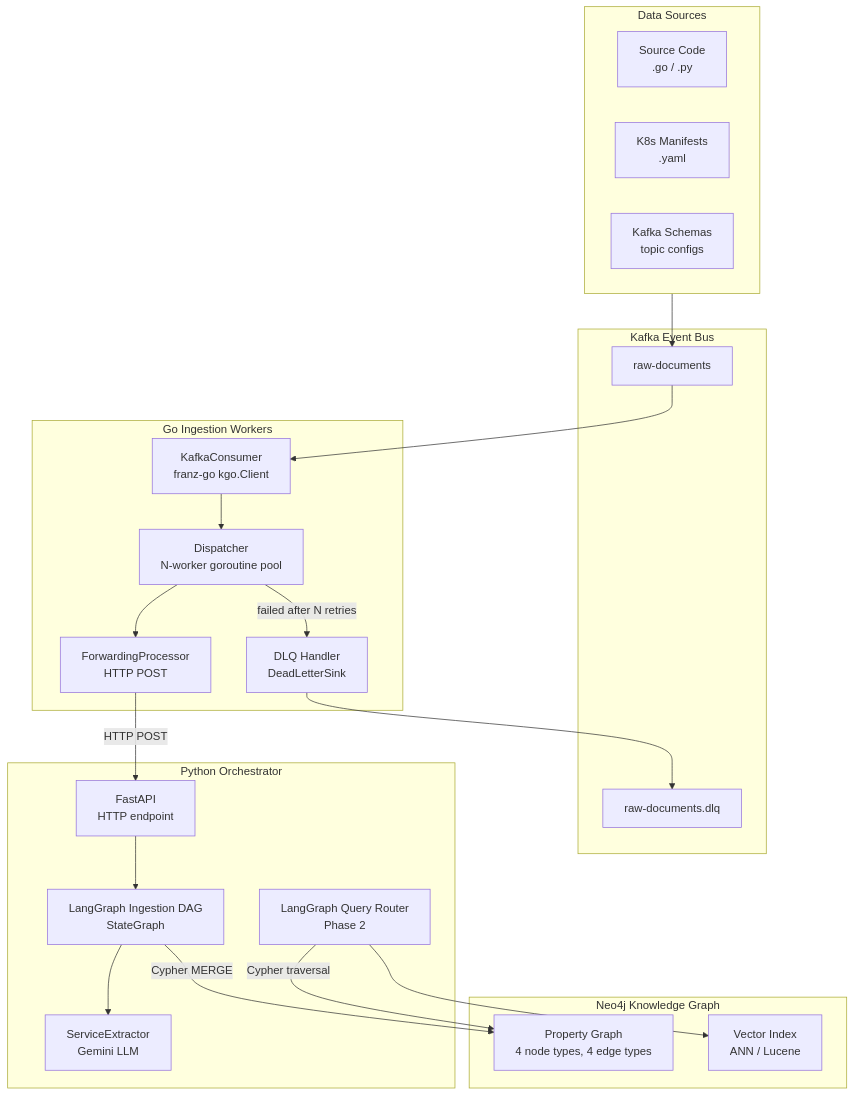
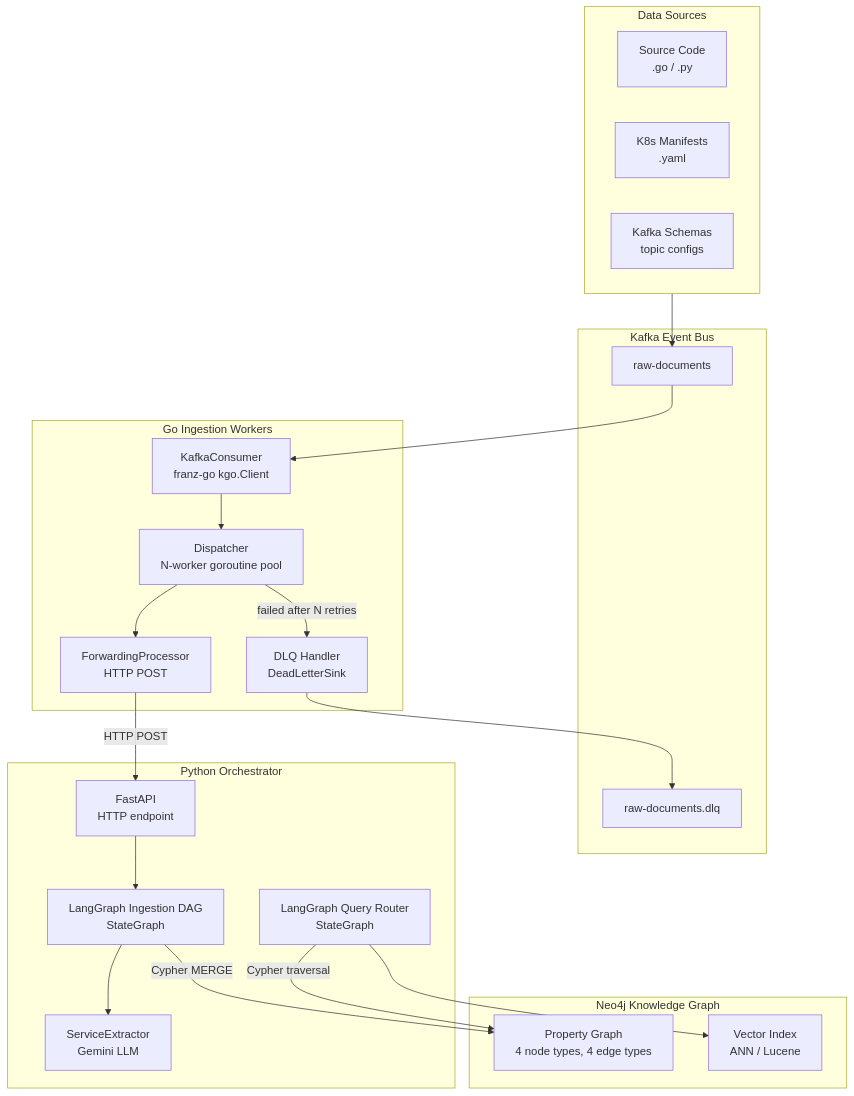
The first of 4 diagrams in docs/architecture/01_SYSTEM_DESIGN.md (jdiitm/graphrag-architect), drawn with Mermaid before and after one commit. The commit also changed other lines of this file and 22 other files, not shown here.

````diff
--- a/docs/architecture/01_SYSTEM_DESIGN.md
+++ b/docs/architecture/01_SYSTEM_DESIGN.md
@@ -9,45 +9,45 @@
 ```mermaid
 graph TB
     subgraph sources ["Data Sources"]
         code["Source Code<br/>.go / .py"]
         k8s["K8s Manifests<br/>.yaml"]
         kafka_schemas["Kafka Schemas<br/>topic configs"]
     end
 
     subgraph kafka_bus ["Kafka Event Bus"]
         raw_topic["raw-documents"]
         dlq_topic["raw-documents.dlq"]
     end
 
     subgraph go_workers ["Go Ingestion Workers"]
         consumer["KafkaConsumer<br/>franz-go kgo.Client"]
         dispatcher["Dispatcher<br/>N-worker goroutine pool"]
         processor["ForwardingProcessor<br/>HTTP POST"]
         dlq_handler["DLQ Handler<br/>DeadLetterSink"]
     end
 
     subgraph python_orch ["Python Orchestrator"]
         fastapi["FastAPI<br/>HTTP endpoint"]
         langgraph_ingest["LangGraph Ingestion DAG<br/>StateGraph"]
         extractor["ServiceExtractor<br/>Gemini LLM"]
-        langgraph_query["LangGraph Query Router<br/>Phase 2"]
+        langgraph_query["LangGraph Query Router<br/>StateGraph"]
     end
 
     subgraph neo4j_db ["Neo4j Knowledge Graph"]
         graph_store["Property Graph<br/>4 node types, 4 edge types"]
         vector_idx["Vector Index<br/>ANN / Lucene"]
     end
 
     sources --> raw_topic
     raw_topic --> consumer
     consumer --> dispatcher
     dispatcher --> processor
     dispatcher -->|"failed after N retries"| dlq_handler
     dlq_handler --> dlq_topic
     processor -->|"HTTP POST"| fastapi
     fastapi --> langgraph_ingest
     langgraph_ingest --> extractor
     langgraph_ingest -->|"Cypher MERGE"| graph_store
     langgraph_query --> vector_idx
     langgraph_query -->|"Cypher traversal"| graph_store
 ```
````
